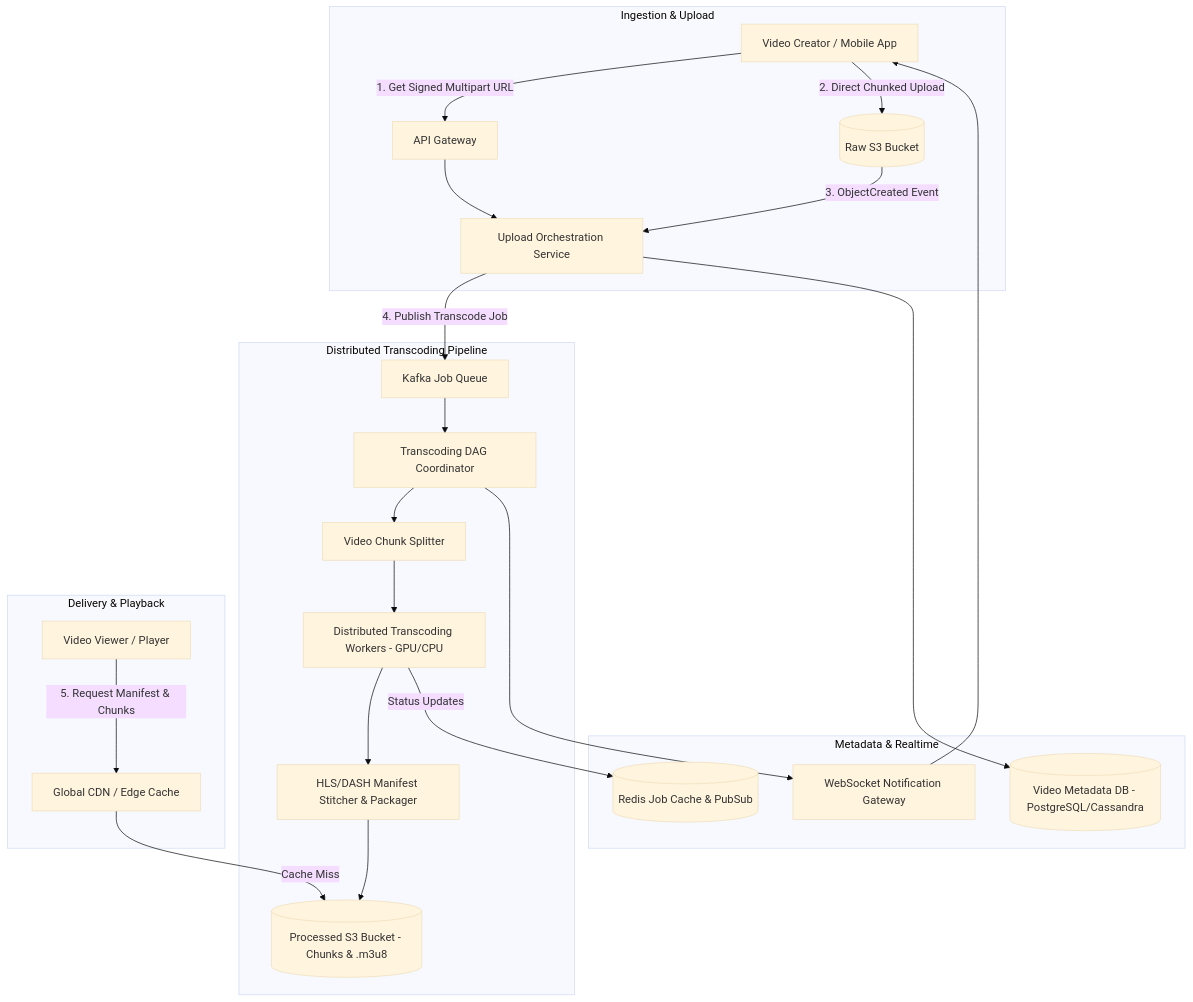
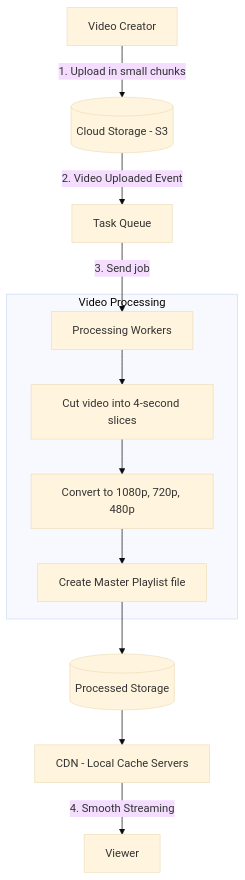
The first of 2 diagrams in README.md (Rumman90/system-design-video-streaming), drawn with Mermaid (base theme) before and after one commit. The commit also changed other lines of this file and 9 other files, not shown here.

````diff
--- a/README.md
+++ b/README.md
@@ -72,30 +58,16 @@
 ```mermaid
 flowchart TD
-    subgraph Ingestion & Upload
-        Creator[Video Creator / Mobile App] -->|1. Get Signed Multipart URL| API[API Gateway]
-        API --> UploadService[Upload Orchestration Service]
-        Creator -->|2. Direct Chunked Upload| S3Raw[(Raw S3 Bucket)]
-        S3Raw -->|3. ObjectCreated Event| UploadService
+    Creator[Video Creator] -->|1. Upload in small chunks| Storage[(Cloud Storage - S3)]
+    Storage -->|2. Video Uploaded Event| Queue[Task Queue]
+    Queue -->|3. Send job| Workers[Processing Workers]
+    
+    subgraph Video Processing
+        Workers --> Split[Cut video into 4-second slices]
+        Split --> Convert[Convert to 1080p, 720p, 480p]
+        Convert --> Playlist[Create Master Playlist file]
     end
-
-    subgraph Distributed Transcoding Pipeline
-        UploadService -->|4. Publish Transcode Job| Kafka[Kafka Job Queue]
-        Kafka --> Coordinator[Transcoding DAG Coordinator]
-        Coordinator --> Splitter[Video Chunk Splitter]
-        Splitter --> WorkerFleet[Distributed Transcoding Workers - GPU/CPU]
-        WorkerFleet --> Stitcher[HLS/DASH Manifest Stitcher & Packager]
-        Stitcher --> S3Processed[(Processed S3 Bucket - Chunks & .m3u8)]
-    end
-
-    subgraph Metadata & Realtime
-        UploadService --> VideoDB[(Video Metadata DB - PostgreSQL/Cassandra)]
-        WorkerFleet -->|Status Updates| Redis[(Redis Job Cache & PubSub)]
-        Coordinator --> PushGateway[WebSocket Notification Gateway]
-        PushGateway --> Creator
-    end
-
-    subgraph Delivery & Playback
-        Viewer[Video Viewer / Player] -->|5. Request Manifest & Chunks| CDN[Global CDN / Edge Cache]
-        CDN -->|Cache Miss| S3Processed
-    end
+    
+    Playlist --> OutputStorage[(Processed Storage)]
+    OutputStorage --> CDN[CDN - Local Cache Servers]
+    CDN -->|4. Smooth Streaming| Viewer[Viewer]
 ```
````
